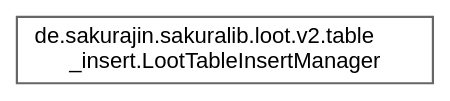
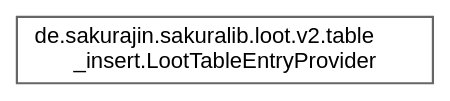
The diagram in inherit_graph_31.dot (noah1510/sakura-lib), drawn with Graphviz before and after one commit. The commit also changed 97 other files, not shown here.

```diff
--- a/inherit_graph_31.dot
+++ b/inherit_graph_31.dot
@@ -1,9 +1,9 @@
 digraph "Graphical Class Hierarchy"
 {
  // LATEX_PDF_SIZE
   bgcolor="transparent";
   edge [fontname=Helvetica,fontsize=10,labelfontname=Helvetica,labelfontsize=10];
   node [fontname=Helvetica,fontsize=10,shape=box,height=0.2,width=0.4];
   rankdir="LR";
-  Node0 [label="de.sakurajin.sakuralib.loot.v2.table\l_insert.LootTableInsertManager",height=0.2,width=0.4,color="grey40", fillcolor="white", style="filled",URL="$classde_1_1sakurajin_1_1sakuralib_1_1loot_1_1v2_1_1table__insert_1_1LootTableInsertManager.html",tooltip=" "];
+  Node0 [label="de.sakurajin.sakuralib.loot.v2.table\l_insert.LootTableEntryProvider",height=0.2,width=0.4,color="grey40", fillcolor="white", style="filled",URL="$interfacede_1_1sakurajin_1_1sakuralib_1_1loot_1_1v2_1_1table__insert_1_1LootTableEntryProvider.html",tooltip="This interface is used to provide loot table entries for the loot table manager."];
 }
```
